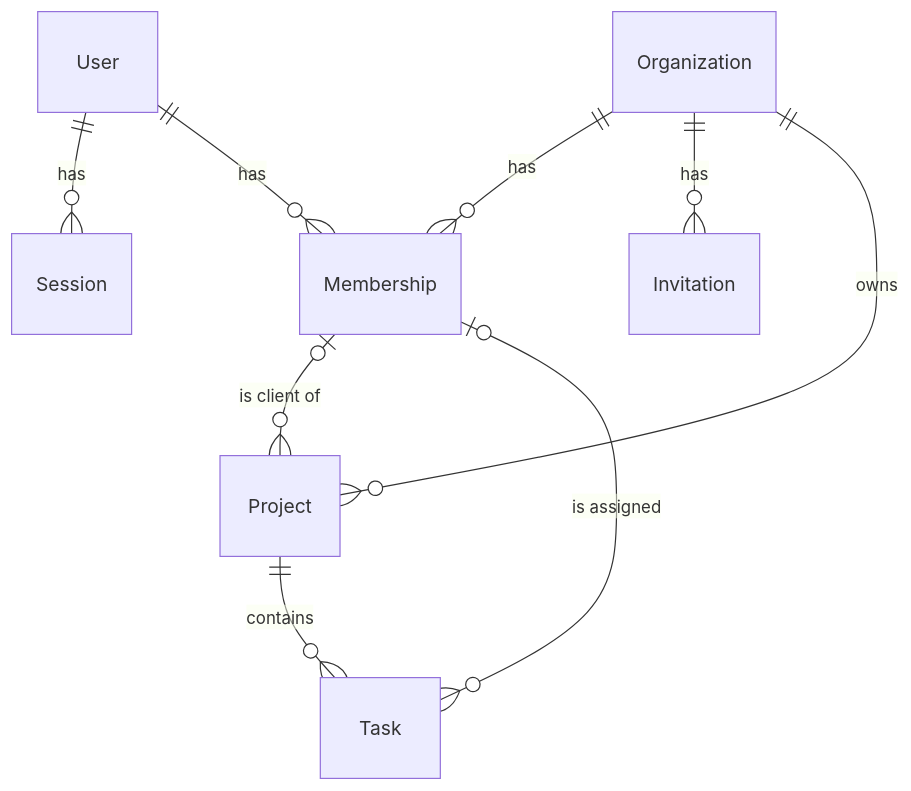
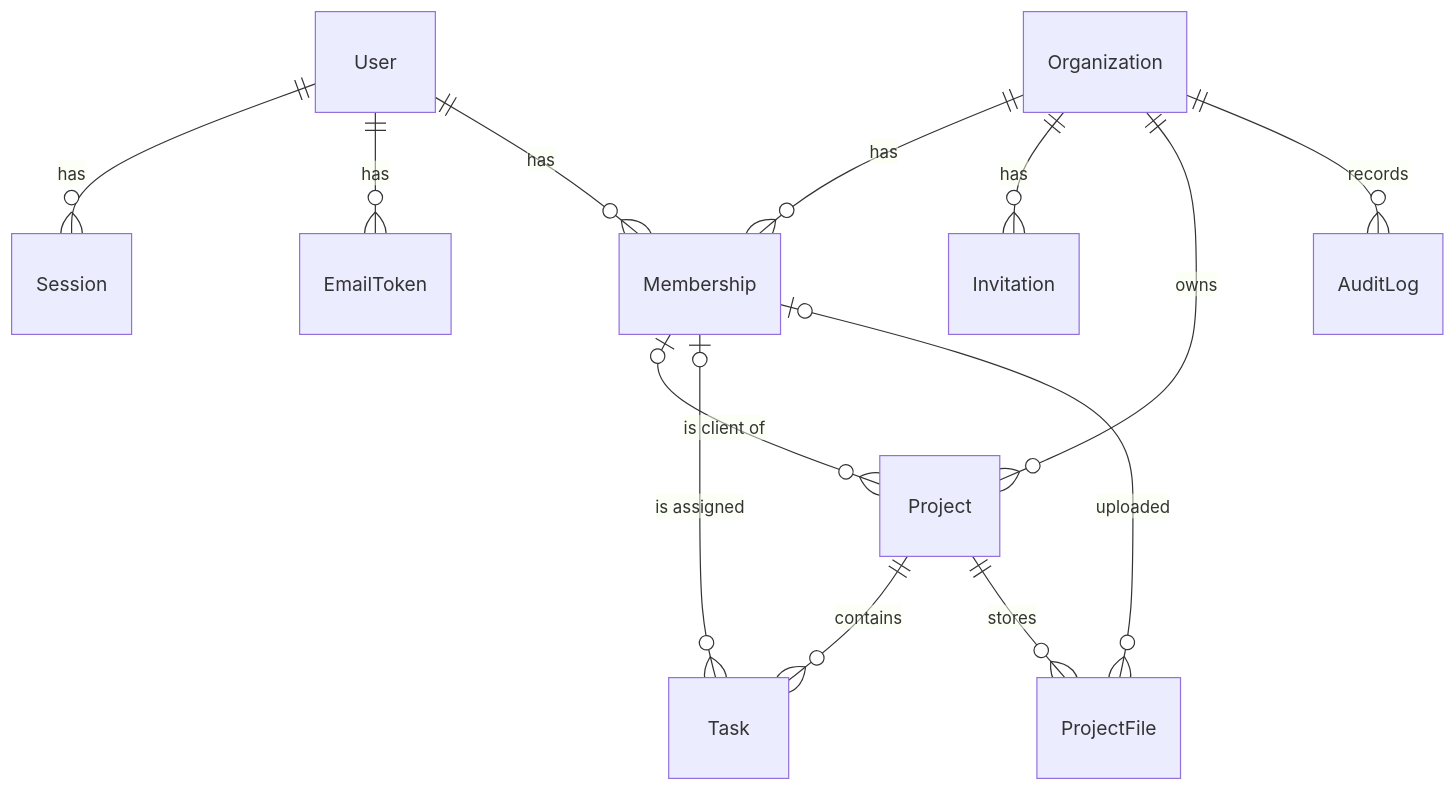
Before and after one commit to AleReyes77/clienthub: the second of 2 diagrams in docs/architecture.md, drawn with Mermaid. The commit also changed other lines of this file and 7 other files, not shown here.

````diff
--- a/docs/architecture.md
+++ b/docs/architecture.md
@@ -65,11 +94,15 @@
 ```mermaid
 erDiagram
     User ||--o{ Session : has
+    User ||--o{ EmailToken : has
     User ||--o{ Membership : has
     Organization ||--o{ Membership : has
     Organization ||--o{ Invitation : has
     Organization ||--o{ Project : owns
+    Organization ||--o{ AuditLog : records
     Membership |o--o{ Project : "is client of"
     Project ||--o{ Task : contains
+    Project ||--o{ ProjectFile : stores
     Membership |o--o{ Task : "is assigned"
+    Membership |o--o{ ProjectFile : uploaded
 ```
````
